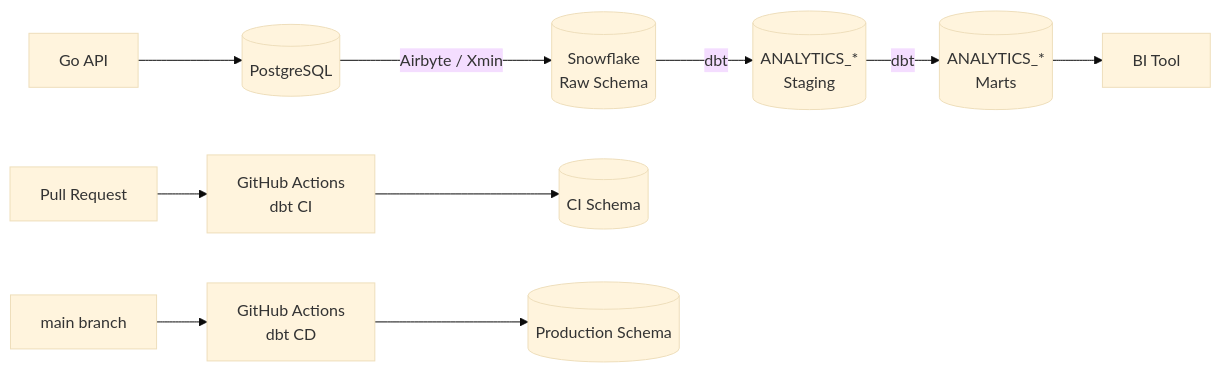
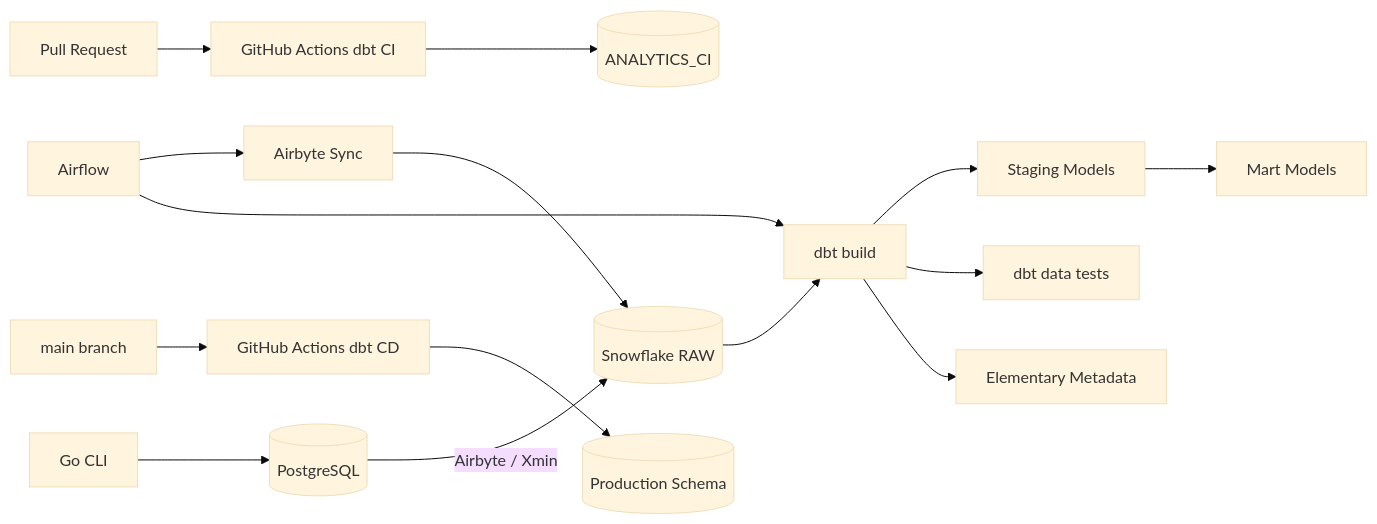
One commit to saitoou/airbyte_demo_connect_snowflake_public changed the first of 2 diagrams in README.md. Above: the diagram before and after it, drawn with Mermaid (base theme). The commit also changed other lines of this file and 1 other file, not shown here.

````diff
--- a/README.md
+++ b/README.md
@@ -9,14 +41,18 @@
 ```mermaid
 flowchart LR
-    API[Go API] --> PG[(PostgreSQL)]
-    PG -->|Airbyte / Xmin| RAW[(Snowflake\nRaw Schema)]
-    RAW -->|dbt| STG[(ANALYTICS_*\nStaging)]
-    STG -->|dbt| MART[(ANALYTICS_*\nMarts)]
-    MART --> BI[BI Tool]
+    CLI[Go CLI] --> PG[(PostgreSQL)]
+    PG -->|Airbyte / Xmin| RAW[(Snowflake RAW)]
+    AF[Airflow] --> AB[Airbyte Sync]
+    AB --> RAW
+    AF --> DBT[dbt build]
+    RAW --> DBT
+    DBT --> STG[Staging Models]
+    STG --> MART[Mart Models]
+    DBT --> TEST[dbt data tests]
+    DBT --> ELEM[Elementary Metadata]
 
-    PR[Pull Request] --> CI[GitHub Actions\ndbt CI]
-    CI --> CI_SCHEMA[(CI Schema)]
-
-    MAIN[main branch] --> CD[GitHub Actions\ndbt CD]
+    PR[Pull Request] --> CI[GitHub Actions dbt CI]
+    CI --> CI_SCHEMA[(ANALYTICS_CI)]
+    MAIN[main branch] --> CD[GitHub Actions dbt CD]
     CD --> PROD_SCHEMA[(Production Schema)]
 ```
````
